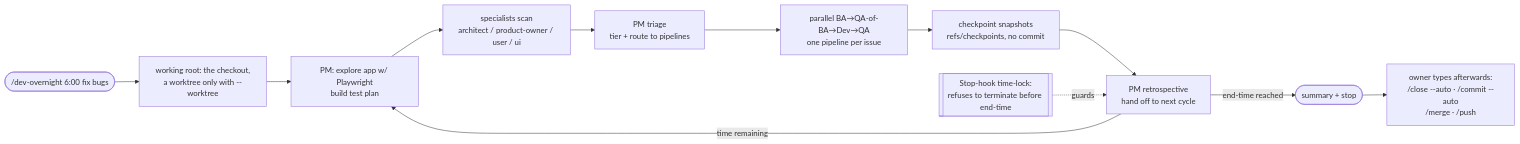
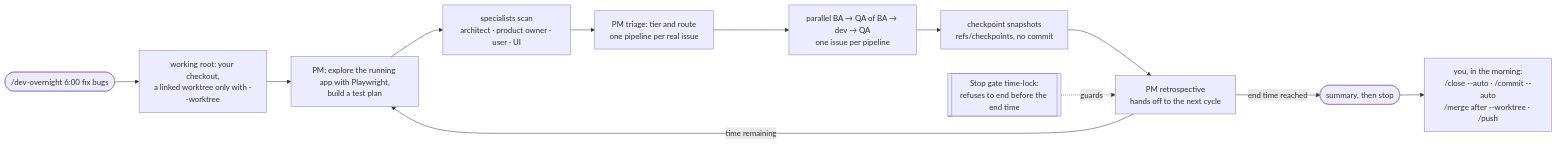
One commit to Yugoge/awesome-claude-harness changed the diagram in docs/overnight-pipeline.md. Above: the diagram before and after it, drawn with Mermaid. The commit also changed other lines of this file and 4 other files, not shown here.

````diff
--- a/docs/overnight-pipeline.md
+++ b/docs/overnight-pipeline.md
@@ -9,15 +11,14 @@
 ```mermaid
 flowchart LR
-    S([/dev-overnight 6:00 fix bugs]) --> WT["working root: the checkout,<br/>a worktree only with --worktree"]
-    WT --> PM[PM: explore app w/ Playwright<br/>build test plan]
-    PM --> SP[specialists scan<br/>architect / product-owner / user / ui]
-    SP --> TR[PM triage<br/>tier + route to pipelines]
-    TR --> PARA[parallel BA→QA-of-BA→Dev→QA<br/>one pipeline per issue]
-    PARA --> CM[checkpoint snapshots<br/>refs/checkpoints, no commit]
-    CM --> RT[PM retrospective<br/>hand off to next cycle]
+    S(["/dev-overnight 6:00 fix bugs"]) --> WT["working root: your checkout,<br/>a linked worktree only with --worktree"]
+    WT --> PM["PM: explore the running app with Playwright,<br/>build a test plan"]
+    PM --> SP["specialists scan<br/>architect · product owner · user · UI"]
+    SP --> TR["PM triage: tier and route<br/>one pipeline per real issue"]
+    TR --> PARA["parallel BA → QA of BA → dev → QA<br/>one issue per pipeline"]
+    PARA --> CP["checkpoint snapshots<br/>refs/checkpoints, no commit"]
+    CP --> RT["PM retrospective<br/>hands off to the next cycle"]
     RT -->|time remaining| PM
-    RT -->|end-time reached| SUM([summary + stop])
-    SUM --> LAND["owner types afterwards:<br/>/close --auto · /commit --auto<br/>/merge · /push"]
-
-    TL[[Stop-hook time-lock:<br/>refuses to terminate before end-time]] -.guards.-> RT
+    RT -->|end time reached| SUM(["summary, then stop"])
+    SUM --> LAND["you, in the morning:<br/>/close --auto · /commit --auto<br/>/merge after --worktree · /push"]
+    TL[["Stop gate time-lock:<br/>refuses to end before the end time"]] -.guards.-> RT
 ```
````
